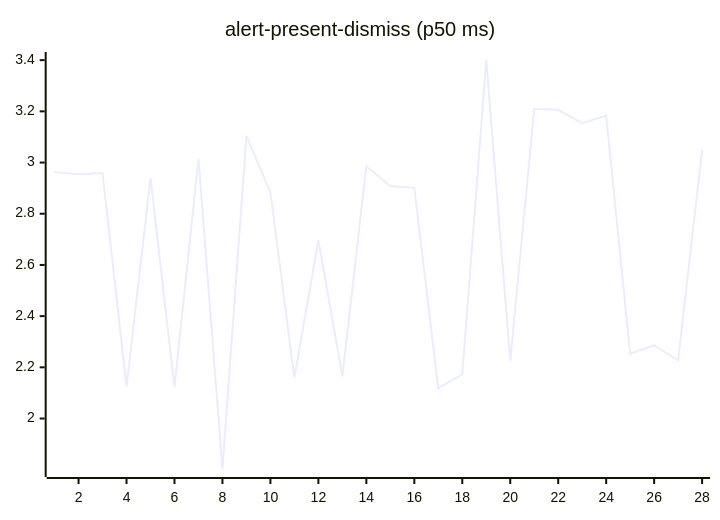
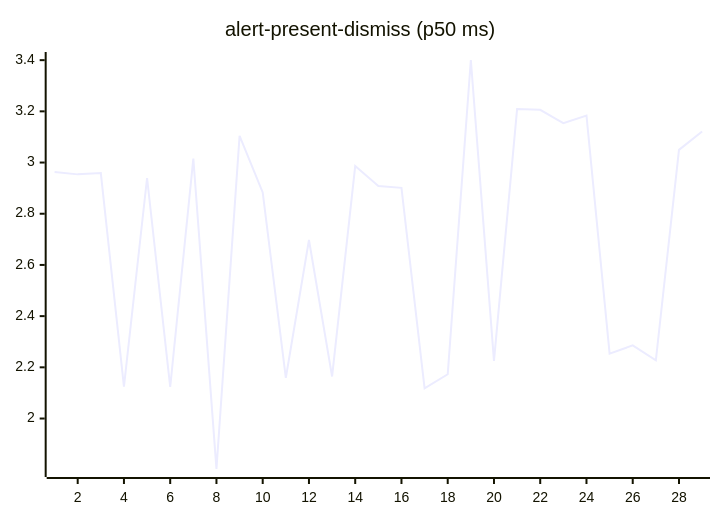
The second of 27 diagrams in README.md (josha/Facet), drawn with Mermaid before and after one commit. The commit also changed other lines of this file and 2 other files, not shown here.

````diff
--- a/README.md
+++ b/README.md
@@ -70,6 +70,6 @@
 ```mermaid
 xychart-beta
     title "alert-present-dismiss (p50 ms)"
-    x-axis 1 --> 28
-    line [2.9632, 2.9538, 2.9589, 2.1244, 2.9396, 2.1232, 3.0157, 1.8028, 3.1043, 2.8834, 2.1588, 2.6974, 2.1643, 2.9862, 2.9085, 2.9011, 2.1177, 2.1729, 3.4006, 2.2253, 3.2090, 3.2058, 3.1536, 3.1837, 2.2536, 2.2857, 2.2272, 3.0496]
+    x-axis 1 --> 29
+    line [2.9632, 2.9538, 2.9589, 2.1244, 2.9396, 2.1232, 3.0157, 1.8028, 3.1043, 2.8834, 2.1588, 2.6974, 2.1643, 2.9862, 2.9085, 2.9011, 2.1177, 2.1729, 3.4006, 2.2253, 3.2090, 3.2058, 3.1536, 3.1837, 2.2536, 2.2857, 2.2272, 3.0496, 3.1212]
 ```
````
